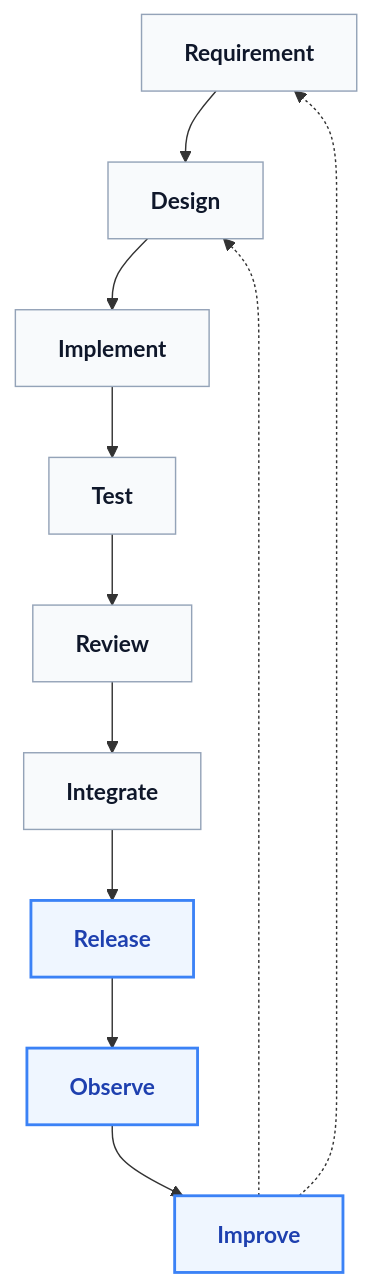
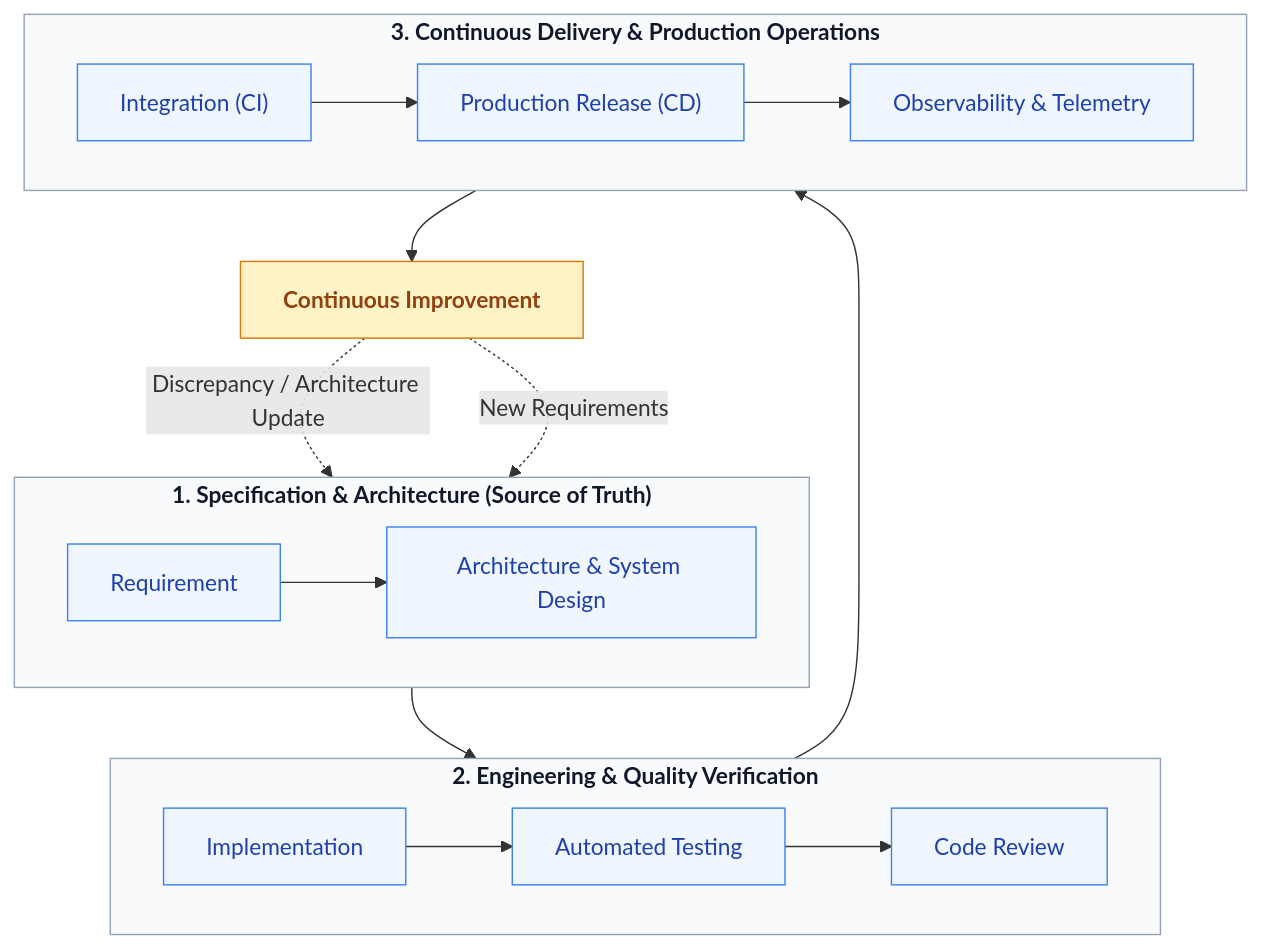
One commit to davidalbertstark-lab/Lenar changed the first of 4 diagrams in docs/architecture/16-Development-Release.md. Above: the diagram before and after it, drawn with Mermaid. The commit also changed other lines of this file and 28 other files, not shown here.

Commit message:
docs: system-wide diagram redesign for first-instance comprehension

````diff
--- a/docs/architecture/16-Development-Release.md
+++ b/docs/architecture/16-Development-Release.md
@@ -23,31 +25,32 @@
 ```mermaid
 flowchart TD
-    classDef step fill:#f8fafc,stroke:#94a3b8,stroke-width:1px,color:#0f172a,font-weight:bold
-    classDef action fill:#eff6ff,stroke:#3b82f6,stroke-width:2px,color:#1e40af,font-weight:bold
-    classDef output fill:#dcfce3,stroke:#22c55e,stroke-width:2px,color:#166534,font-weight:bold
+    classDef phase fill:#f8fafc,stroke:#94a3b8,stroke-width:1px,color:#0f172a,font-weight:bold
+    classDef step fill:#eff6ff,stroke:#3b82f6,stroke-width:1px,color:#1e40af
+    classDef feedback fill:#fef3c7,stroke:#d97706,stroke-width:1px,color:#92400e,font-weight:bold
 
-    R[Requirement]
-    D[Design]
-    I[Implement]
-    T[Test]
-    Rev[Review]
-    Int[Integrate]
-    Rel[Release]
-    O[Observe]
-    Imp[Improve]
+    subgraph Phase1 ["1. Specification & Architecture (Source of Truth)"]
+        direction LR
+        REQ["Requirement"] --> DES["Architecture & System Design"]
+    end
 
-    R --> D
-    D --> I
-    I --> T
-    T --> Rev
-    Rev --> Int
-    Int --> Rel
-    Rel --> O
-    O --> Imp
+    subgraph Phase2 ["2. Engineering & Quality Verification"]
+        direction LR
+        IMP["Implementation"] --> TST["Automated Testing"]
+        TST --> REV["Code Review"]
+    end
 
-    Imp -.-> R
-    Imp -.-> D
+    subgraph Phase3 ["3. Continuous Delivery & Production Operations"]
+        direction LR
+        INT["Integration (CI)"] --> REL["Production Release (CD)"]
+        REL --> OBS["Observability & Telemetry"]
+    end
 
-    class R,D,I,T,Rev,Int step;
-    class Rel,O,Imp action;
+    DES --> IMP
+    REV --> INT
+    OBS --> IMPR["Continuous Improvement"]:::feedback
+    IMPR -.->|"Discrepancy / Architecture Update"| DES
+    IMPR -.->|"New Requirements"| REQ
+
+    class Phase1,Phase2,Phase3 phase;
+    class REQ,DES,IMP,TST,REV,INT,REL,OBS step;
 ```
````
